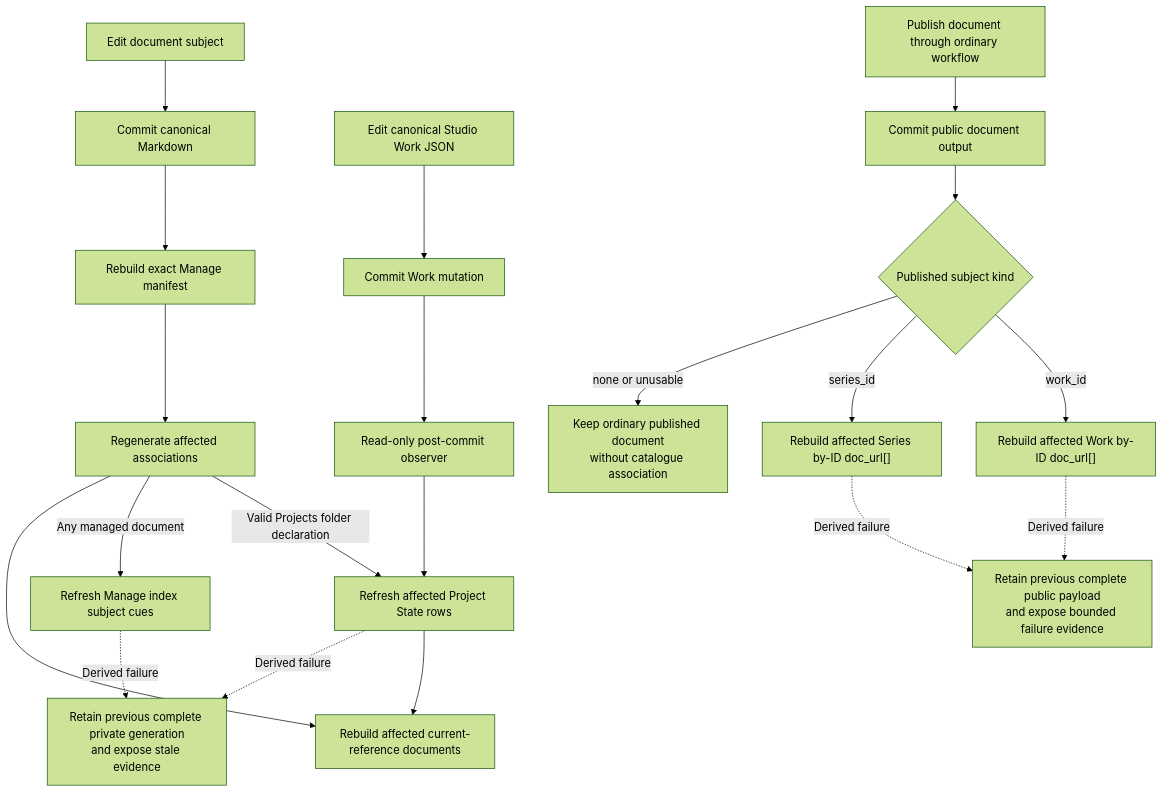
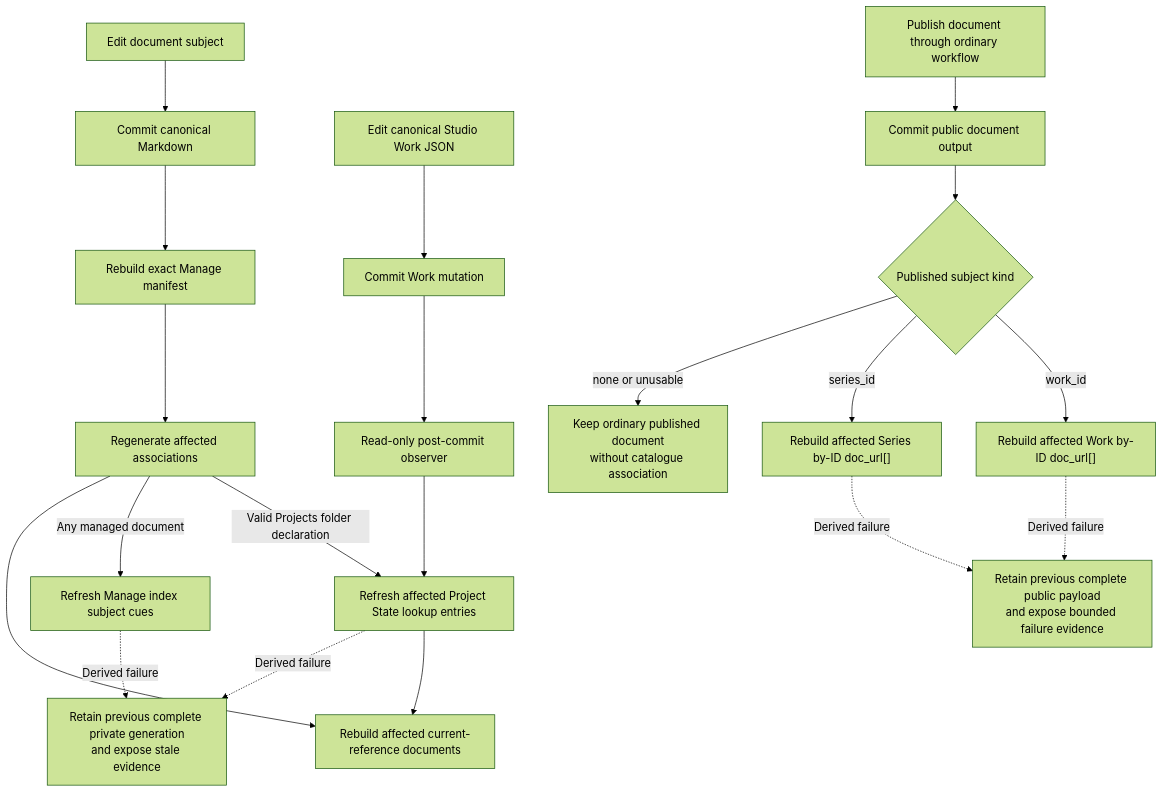
Before and after one commit to dotlineform/dotlineform-site: the second of 2 diagrams in docs-viewer/scopes/studio/source/documents/d-20260802-194358-7717ee.md, drawn with Mermaid (forest theme). The commit also changed other lines of this file and 9 other files, not shown here.

````diff
--- a/docs-viewer/scopes/studio/source/documents/d-20260802-194358-7717ee.md
+++ b/docs-viewer/scopes/studio/source/documents/d-20260802-194358-7717ee.md
@@ -228,28 +228,28 @@
 ```mermaid
 flowchart TD
     accTitle: Sub-Scope Publishing mutation and refresh boundaries
     accDescr: Canonical document and Studio mutations commit before bounded builders refresh private or public derived products; a derived failure retains the previous complete generation.
 
     docEdit["Edit document subject"] --> docCommit["Commit canonical Markdown"]
     docCommit --> manageBuild["Rebuild exact Manage manifest"]
     manageBuild --> associationBuild["Regenerate affected associations"]
-    associationBuild -->|"Valid Projects folder declaration"| projectRefresh["Refresh affected Project State rows"]
+    associationBuild -->|"Valid Projects folder declaration"| projectRefresh["Refresh affected Project State lookup entries"]
     associationBuild -->|"Any managed document"| indexCues["Refresh Manage index subject cues"]
     associationBuild --> referenceBuild["Rebuild affected current-reference documents"]
     projectRefresh --> referenceBuild
 
     workEdit["Edit canonical Studio Work JSON"] --> workCommit["Commit Work mutation"]
     workCommit --> observer["Read-only post-commit observer"]
     observer --> projectRefresh
 
     publish["Publish document through ordinary workflow"] --> publicDocs["Commit public document output"]
     publicDocs --> subjectRoute{"Published subject kind"}
     subjectRoute -->|"work_id"| workJson["Rebuild affected Work by-ID doc_url[]"]
     subjectRoute -->|"series_id"| seriesJson["Rebuild affected Series by-ID doc_url[]"]
     subjectRoute -->|"none or unusable"| ordinaryPublic["Keep ordinary published document<br/>without catalogue association"]
 
     projectRefresh -. "Derived failure" .-> privateStale["Retain previous complete private generation<br/>and expose stale evidence"]
     indexCues -. "Derived failure" .-> privateStale
     workJson -. "Derived failure" .-> publicStale["Retain previous complete public payload<br/>and expose bounded failure evidence"]
     seriesJson -. "Derived failure" .-> publicStale
 ```
````
